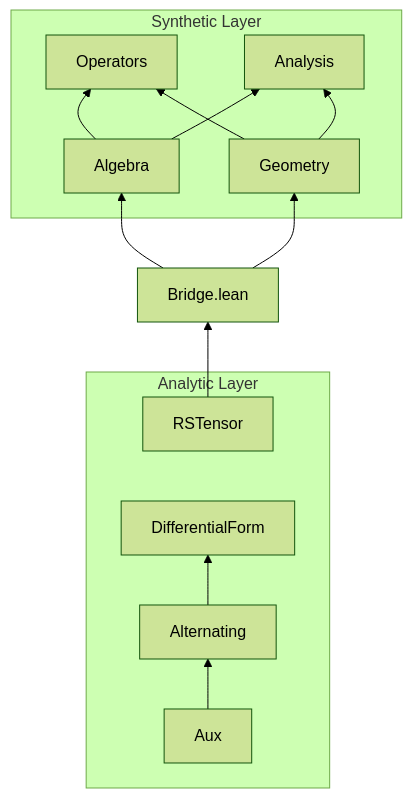
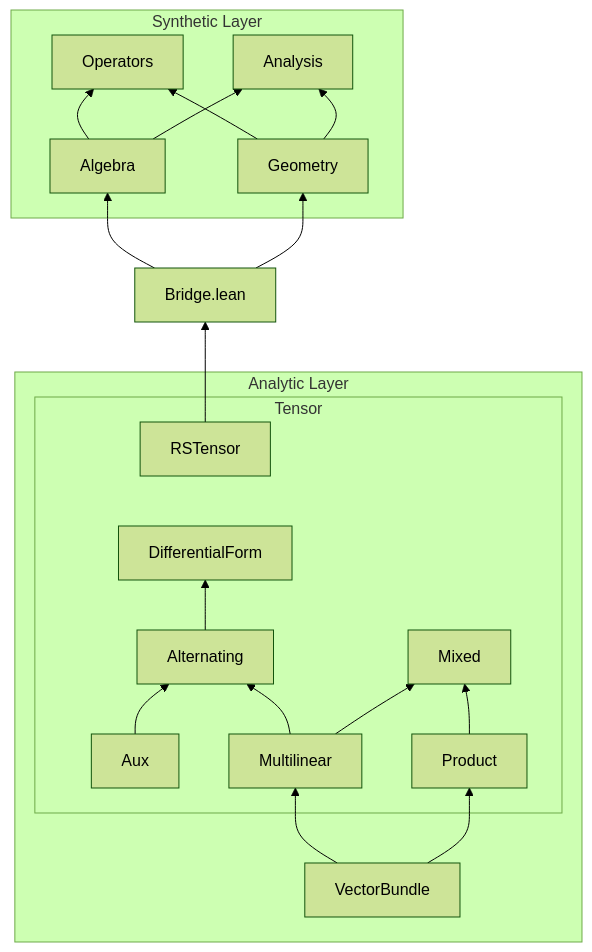
One commit to liao9yuan/differential-geometry changed the diagram in README.md. Above: the diagram before and after it, drawn with Mermaid (forest theme). The commit also changed other lines of this file and 35 other files, not shown here.

Commit message:
Feat: Dual bundle of a smooth vector bundle. Feat: Added Vector Bundle Charactarization Lemma. Feat: Proved equivalence of TensorProduct of mulitlinear bundle. Note:  Tensor/Alternating is not sorry free!

````diff
--- a/README.md
+++ b/README.md
@@ -7,28 +7,44 @@
 ```mermaid
 flowchart BT
     subgraph AnalyticLayer [Analytic Layer]
-        DirRSB[RSTensor]
-        
-        DirAux[Aux] --> DirAlt[Alternating]
-        DirAlt --> DirDiffForm[DifferentialForm]
+        DirVB[VectorBundle]
+
+        subgraph Tensor [Tensor]
+            DirAux[Aux]
+            DirMultilinear[Multilinear]
+            DirProduct[Product]
+            DirMixed[Mixed]
+            DirAlt[Alternating]
+            DirDiffForm[DifferentialForm]
+            DirRSB[RSTensor]
+
+            DirAux --> DirAlt
+            DirMultilinear --> DirAlt
+            DirMultilinear --> DirMixed
+            DirProduct --> DirMixed
+            DirAlt --> DirDiffForm
+        end
+
+        DirVB --> DirMultilinear
+        DirVB --> DirProduct
     end
 
     DirRSB --> Bridge[Bridge.lean]
     DirDiffForm ~~~ DirRSB
 
     subgraph SyntheticLayer [Synthetic Layer]
         DirAlg[Algebra]
         DirGeom[Geometry]
         DirOperators[Operators]
         DirAnalysis[Analysis]
 
         DirAlg --> DirOperators
         DirGeom --> DirOperators
 
         DirAlg --> DirAnalysis
         DirGeom --> DirAnalysis
     end
 
     Bridge --> DirAlg
     Bridge --> DirGeom
 ```
````
